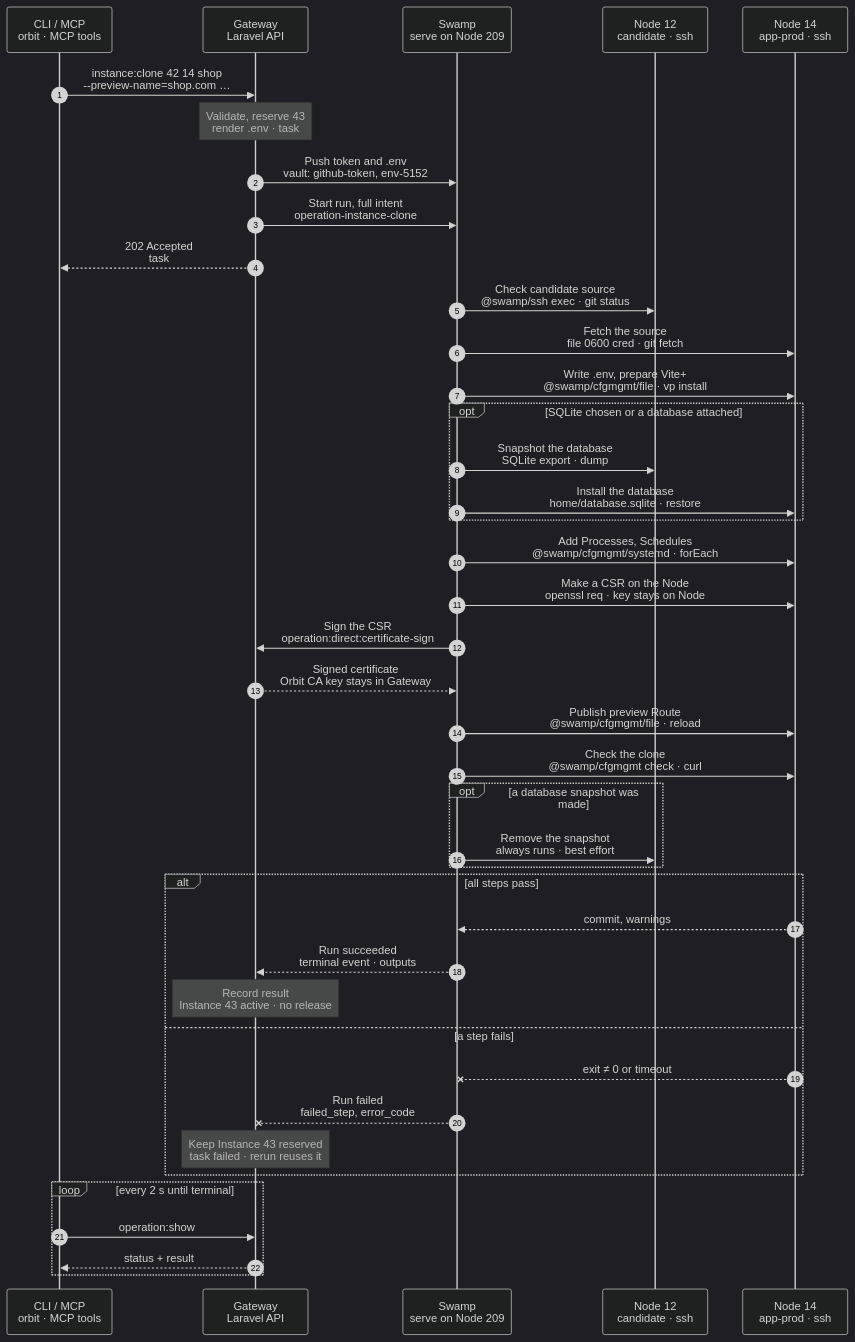
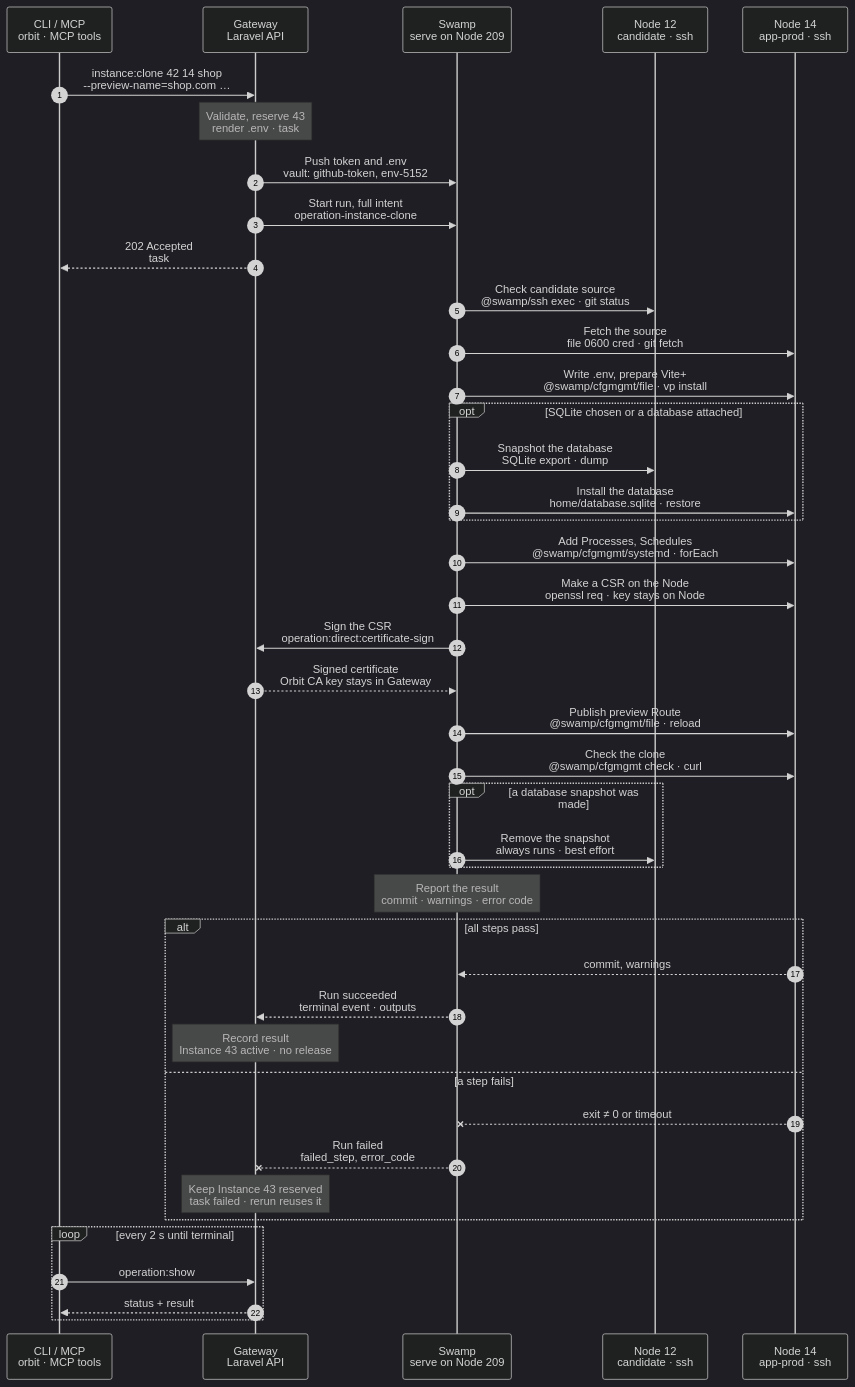
The diagram in docs/cli/instance/clone.mmd (hardimpactdev/orbit), drawn with Mermaid (dark theme) before and after one commit. The commit also changed 33 other files, not shown here.

First line of the commit message:
feat(instances): instance.clone runs its whole chart as a production clone

```diff
--- a/docs/cli/instance/clone.mmd
+++ b/docs/cli/instance/clone.mmd
@@ -1,166 +1,171 @@
 sequenceDiagram
   %% Target design: ADR 0244 task + full intent as inputs, R1-R4, single-swamp-node; DECISIONS 1 (token at admission, vault.get; signing is the one step→Gateway call), scope (Process/Schedule definitions, same-Node preview Route); database.clone merged in as a step; .env through the vault as in instance.create. docs/reference/instance-cloning.md.
   %% Tightened: flow-tighten 2026-11-02, rules 3, 17, 22 (no DNS step: the preview name is inside Node 14's TLD; cert install in the publish step as in route:create; cfgmgmt user/file/systemd, 0600 credential file for the fetch).
   %% status: draft
   %% command: instance:clone
   %% kind: instance.clone
   autonumber
   %% lane CLI icon=terminal pill=caller tone=gray
   %% lane GW icon=gateway pill=intent tone=blue
   %% lane SW icon=workflow pill=executes tone=green
   %% lane C icon=server pill=target tone=purple
   %% lane N icon=server pill=target tone=amber
   participant CLI as CLI / MCP<br/>orbit · MCP tools
   participant GW as Gateway<br/>Laravel API
   participant SW as Swamp<br/>serve on Node 209
   participant C as Node 12<br/>candidate · ssh
   participant N as Node 14<br/>app-prod · ssh
   CLI->>GW: instance:clone 42 14 shop<br/>--preview-name=shop.com …
   %%> Command:
   %%> - `orbit instance:clone 42 14 shop --preview-name=shop.com --sqlite-source-path=/srv/orbit/apps/acme/default/database/database.sqlite`
   %%> - syntax: `<candidate> <node> <name> --preview-name=NAME [--branch=BRANCH] [--sqlite-source-path=PATH] [--idempotency-key=KEY]`
   %%> What it does:
   %%> - clones development Instance 42 on Node 12 into a new production Instance `shop` on Node 14
   %%> Options:
   %%> - `--preview-name`: combined with Node 14's TLD, such as `shop.com.prod.orbit`
   %%> - `--branch`: another branch; the default is the candidate's branch
   %%> - `--sqlite-source-path`: seed the production SQLite file from this file on the candidate
   Note over GW: Validate, reserve 43<br/>render .env · task #5152
   %%> Requirements:
   %%> - your Node has access grants to Node 12 and Node 14
   %%> - Node 14 is active, has the `app-prod` role and a TLD
   %%> - Instance 42 is active with a recorded source; the branch exists in the repository
   %%> - Project 7 has no production Instance on Node 14 yet, and the preview domain is free
   %%> Plans:
   %%> - the account `orbit-app-7` and its home `/home/orbit-app-7`
   %%> - the Project's production Process and Schedule definitions
   %%> - the preview Route, and a database clone for each attached database or the chosen SQLite file
   %%> Renders .env:
   %%> - from the stored values of Instance 42, without `DB_*` and WebSocket credentials
   %%> - with the new database keys, such as `DB_DATABASE=/home/orbit-app-7/database.sqlite`
   %%> Result:
   %%> - Instance 43 reserved; task #5152 recorded with the full intent
   GW->>SW: Push token and .env<br/>vault: github-token, env-5152
   %%> Why:
   %%> - the repository is private, and only the Gateway holds the GitHub App key
   %%> - `.env` and database passwords travel only through the vault
   %%> What it does:
   %%> - mints a read token for this one repository, valid 1 hour
   %%> - pushes the token, the rendered `.env` and any new database password into Swamp's vault
   GW->>SW: Start run, full intent<br/>operation-instance-clone
   %%> What it does:
   %%> - starts one run on Swamp serve (Node 209); every step runs there
   %%> Inputs:
   %%> - both Nodes' addresses and SSH host keys; the SSH identity comes from the `swamp` role
   %%> - the full intent; secrets only as vault key names
   GW-->>CLI: 202 Accepted<br/>task #5152
   %%> What you get:
   %%> - the task number, at once
   %%> Next:
   %%> - the CLI follows the task with `operation:show`
   SW->>C: Check candidate source<br/>@swamp/ssh exec · git status
   %%> How:
   %%> - Swamp reaches Node 12 over `@swamp/ssh` from 209, read-only
   %%> What it does:
   %%> - checks the repository, branch and commit, a clean working tree and no submodules
   %%> - refuses an origin that contains credentials
   %%> Not included:
   %%> - copies no working files, dependencies or logs; the candidate keeps running
   %%> Why on the Node:
   %%> - the candidate's tree can change after admission, and the clone depends on it
   SW->>N: Fetch the source<br/>file 0600 cred · git fetch
   %%> What it does:
   %%> - creates the account `orbit-app-7` and its home on Node 14 with `@swamp/cfgmgmt/user`
   %%> - writes the vault token as a 0600 credential file with `@swamp/cfgmgmt/file`; git reads it, so the token never enters argv
   %%> - fetches the committed source into the home's release layout and checks out the commit
   %%> - leaves `current` absent until the first deploy
   SW->>N: Write .env, prepare Vite+<br/>@swamp/cfgmgmt/file · vp install
   %%> What it does:
   %%> - writes the rendered `.env` from `vault.get env-5152` with `@swamp/cfgmgmt/file`, mode `0600`
   %%> - installs and checks the pinned Vite+ runtime; a Project without one skips this
   opt SQLite chosen or a database attached
     SW->>C: Snapshot the database<br/>SQLite export · dump
     %%> What it does:
     %%> - SQLite: makes a consistent copy of the chosen file on Node 12
     %%> - MySQL or PostgreSQL: dumps the candidate's database on its Database server
     %%> Why here:
     %%> - this was the kind `database.clone`; it is now a step of the clone
     SW->>N: Install the database<br/>home/database.sqlite · restore
     %%> What it does:
     %%> - SQLite: installs the copy as `/home/orbit-app-7/database.sqlite`
     %%> - MySQL or PostgreSQL: restores the dump into the new database and user on the Database server
   end
   SW->>N: Add Processes, Schedules<br/>@swamp/cfgmgmt/systemd · forEach
   %%> What it does:
   %%> - installs the Project's production Process definitions, enabled but not started; the first deploy starts them
   %%> - installs the per-minute Laravel scheduler as a timer on Node 14
   %%> Other Schedules:
   %%> - become native Swamp schedules; the Gateway publishes them after success
   SW->>N: Make a CSR on the Node<br/>openssl req · key stays on Node
   %%> What it does:
   %%> - makes a key and a certificate request for `shop.com.prod.orbit` on Node 14
   SW->>GW: Sign the CSR<br/>operation:direct:certificate-sign
   %%> Why:
   %%> - the one allowed step→Gateway call; the Orbit CA key stays in the Gateway
   GW-->>SW: Signed certificate<br/>Orbit CA key stays in Gateway
   %%> Returns:
   %%> - the certificate for the preview domain
   SW->>N: Publish preview Route<br/>@swamp/cfgmgmt/file · reload
   %%> What it does:
   %%> - installs the certificate and adds the Caddy site for `shop.com.prod.orbit` on Node 14
   %%> - same-Node work: Caddy on Node 14 serves the Instance home
   %%> - reloads Caddy; other sites keep serving
   %%> No DNS step:
   %%> - `shop.com.prod.orbit` is inside Node 14's TLD, and private DNS answers the whole TLD
   SW->>N: Check the clone<br/>@swamp/cfgmgmt check · curl
   %%> What it does:
   %%> - checks the checked-out commit and the `.env` file
   %%> - probes the preview site over TLS
   opt a database snapshot was made
     SW->>C: Remove the snapshot<br/>always runs · best effort
     %%> What it does:
     %%> - removes the snapshot and transfer files on Node 12, 209 and Node 14
     %%> When:
     %%> - after success and after failure
     %%> Failure:
     %%> - a failed cleanup is a warning; the leftover is harmless
   end
+  Note over SW: Report the result<br/>commit · warnings · error code
+  %%> What it does:
+  %%> - prints the clone's public result: the checked-out commit and key-only warnings, or the error code
+  %%> Why a step of its own:
+  %%> - each chart step above is a child workflow, and a failed step keeps no output; the Gateway reads the result from this parent step
   alt all steps pass
     N-->>SW: commit, warnings
     %%> Returns:
     %%> - the checked-out commit
     %%> - key-only warnings, such as development service references in `.env`
     SW-->>GW: Run succeeded<br/>terminal event · outputs
     %%> How the Gateway learns it:
     %%> - its shared run reader sees the terminal event; Swamp never calls the Gateway
     Note over GW: Record result<br/>Instance 43 active · no release
     %%> Result:
     %%> - Instance 43 active, with its preview Route, Processes and Schedules
     %%> - the database connection is registered and attached under `DB`
     %%> - task #5152 succeeds
     %%> Next:
     %%> - review the warnings with `env:update`, add deploy steps, then `instance:deploy 43`
   else a step fails
     N--xSW: exit ≠ 0 or timeout
     %%> When:
     %%> - a check, fetch, restore or Caddy step fails, or SSH fails
     SW--xGW: Run failed<br/>failed_step, error_code
     %%> The Gateway reads:
     %%> - which step failed and its error code
     Note over GW: Keep Instance 43 reserved<br/>task failed · rerun reuses it
     %%> Result:
     %%> - Instance 43 stays reserved and shows the error; task #5152 fails
     %%> On the Node:
     %%> - what Node 14 got stays; the candidate is unchanged
     %%> Retry:
     %%> - the same request reuses Instance 43 and repeats only what is missing
     %%> - a changed input returns `instance.clone_retry_conflict`
   end
   loop every 2 s until terminal
     CLI->>GW: operation:show #5152
     %%> What it does:
     %%> - asks for the task's status until it has ended
     GW-->>CLI: status + result
     %%> Returns:
     %%> - the current status, and the result once the task has ended
   end
```
